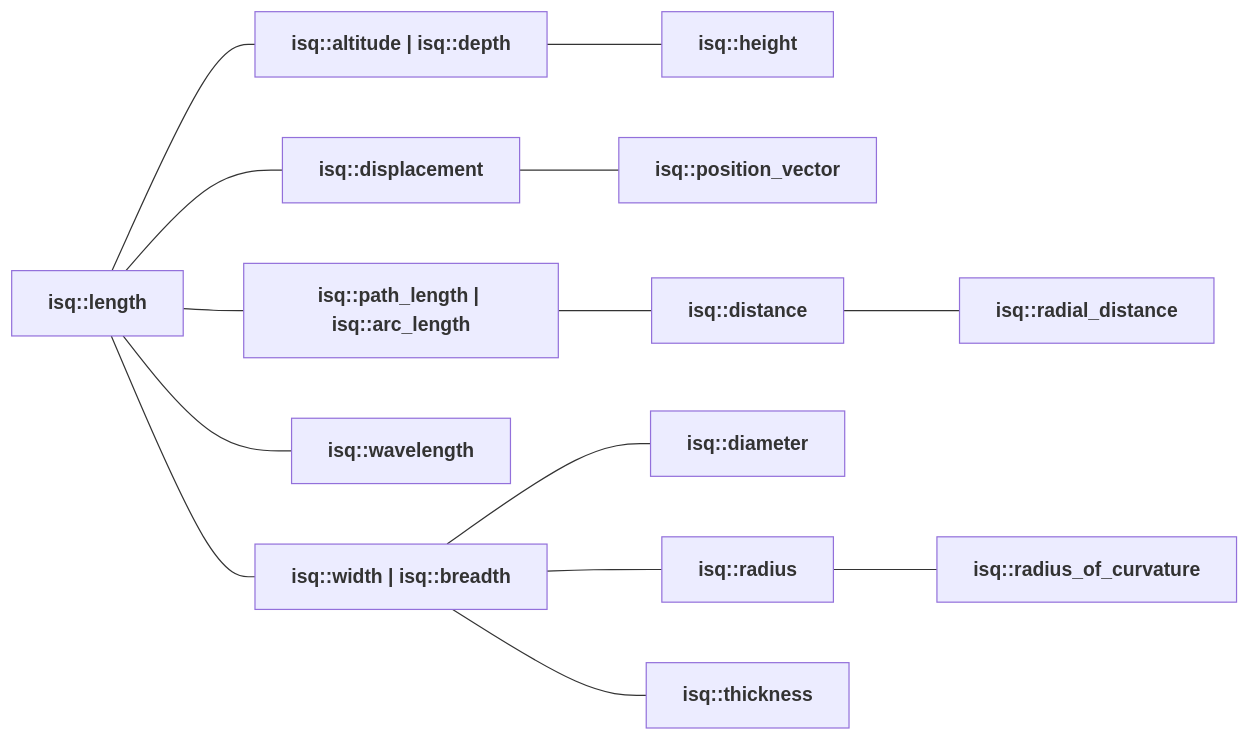
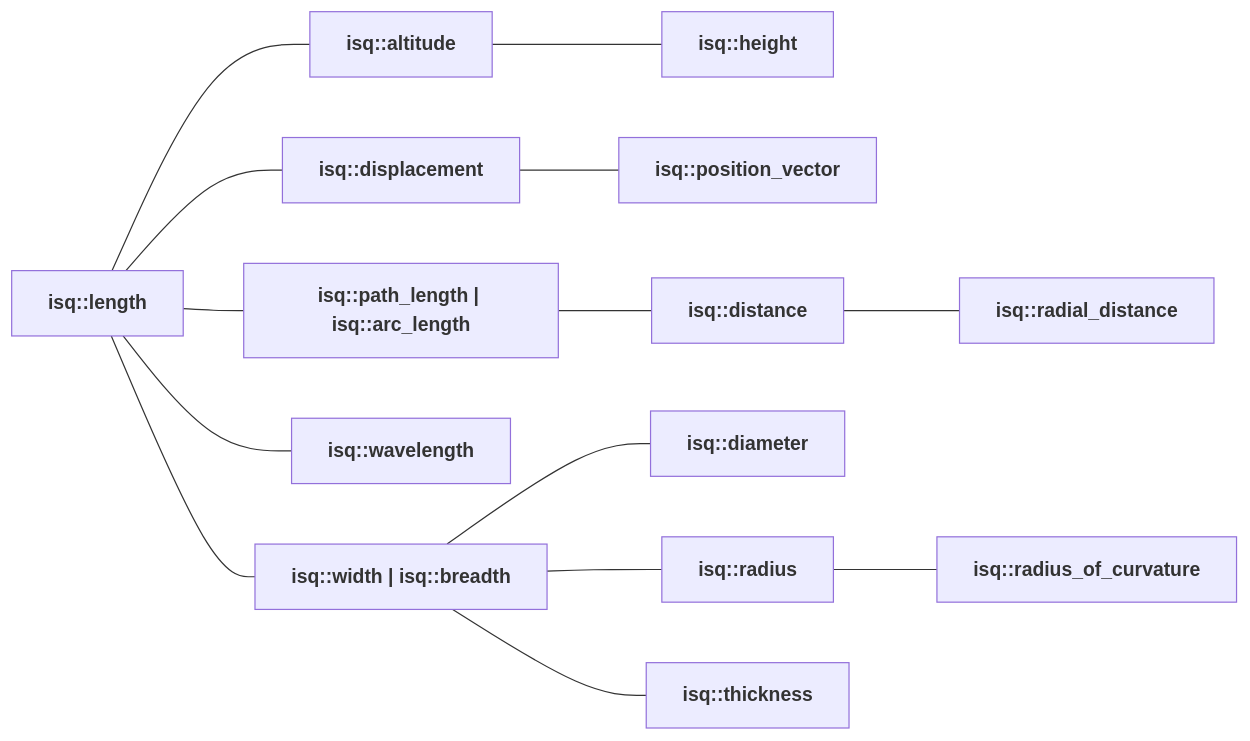
One commit to RalphSteinhagen/units changed the diagram in docs/reference/systems_reference/hierarchies/length_isq.md. Above: the diagram before and after it, drawn with Mermaid. The commit also changed 6 other files, not shown here.

Commit message:
feat: :boom: `isq::depth` removed

````diff
--- a/docs/reference/systems_reference/hierarchies/length_isq.md
+++ b/docs/reference/systems_reference/hierarchies/length_isq.md
@@ -10,30 +10,30 @@
 ```mermaid
 flowchart LR
     isq_length["<b><a href="../../systems/isq/#length" style="color: var(--md-mermaid-label-fg-color); text-decoration: none;">isq::length</a></b>"]
-    isq_altitude["<b><a href="../../systems/isq/#altitude" style="color: var(--md-mermaid-label-fg-color); text-decoration: none;">isq::altitude</a> | <a href="../../systems/isq/#depth" style="color: var(--md-mermaid-label-fg-color); text-decoration: none;">isq::depth</a></b>"]
+    isq_altitude["<b><a href="../../systems/isq/#altitude" style="color: var(--md-mermaid-label-fg-color); text-decoration: none;">isq::altitude</a></b>"]
     isq_length --- isq_altitude
     isq_height["<b><a href="../../systems/isq/#height" style="color: var(--md-mermaid-label-fg-color); text-decoration: none;">isq::height</a></b>"]
     isq_altitude --- isq_height
     isq_displacement["<b><a href="../../systems/isq/#displacement" style="color: var(--md-mermaid-label-fg-color); text-decoration: none;">isq::displacement</a></b>"]
     isq_length --- isq_displacement
     isq_position_vector["<b><a href="../../systems/isq/#position_vector" style="color: var(--md-mermaid-label-fg-color); text-decoration: none;">isq::position_vector</a></b>"]
     isq_displacement --- isq_position_vector
     isq_path_length["<b><a href="../../systems/isq/#path_length" style="color: var(--md-mermaid-label-fg-color); text-decoration: none;">isq::path_length</a> | <a href="../../systems/isq/#arc_length" style="color: var(--md-mermaid-label-fg-color); text-decoration: none;">isq::arc_length</a></b>"]
     isq_length --- isq_path_length
     isq_distance["<b><a href="../../systems/isq/#distance" style="color: var(--md-mermaid-label-fg-color); text-decoration: none;">isq::distance</a></b>"]
     isq_path_length --- isq_distance
     isq_radial_distance["<b><a href="../../systems/isq/#radial_distance" style="color: var(--md-mermaid-label-fg-color); text-decoration: none;">isq::radial_distance</a></b>"]
     isq_distance --- isq_radial_distance
     isq_wavelength["<b><a href="../../systems/isq/#wavelength" style="color: var(--md-mermaid-label-fg-color); text-decoration: none;">isq::wavelength</a></b>"]
     isq_length --- isq_wavelength
     isq_width["<b><a href="../../systems/isq/#width" style="color: var(--md-mermaid-label-fg-color); text-decoration: none;">isq::width</a> | <a href="../../systems/isq/#breadth" style="color: var(--md-mermaid-label-fg-color); text-decoration: none;">isq::breadth</a></b>"]
     isq_length --- isq_width
     isq_diameter["<b><a href="../../systems/isq/#diameter" style="color: var(--md-mermaid-label-fg-color); text-decoration: none;">isq::diameter</a></b>"]
     isq_width --- isq_diameter
     isq_radius["<b><a href="../../systems/isq/#radius" style="color: var(--md-mermaid-label-fg-color); text-decoration: none;">isq::radius</a></b>"]
     isq_width --- isq_radius
     isq_radius_of_curvature["<b><a href="../../systems/isq/#radius_of_curvature" style="color: var(--md-mermaid-label-fg-color); text-decoration: none;">isq::radius_of_curvature</a></b>"]
     isq_radius --- isq_radius_of_curvature
     isq_thickness["<b><a href="../../systems/isq/#thickness" style="color: var(--md-mermaid-label-fg-color); text-decoration: none;">isq::thickness</a></b>"]
     isq_width --- isq_thickness
 ```
````
